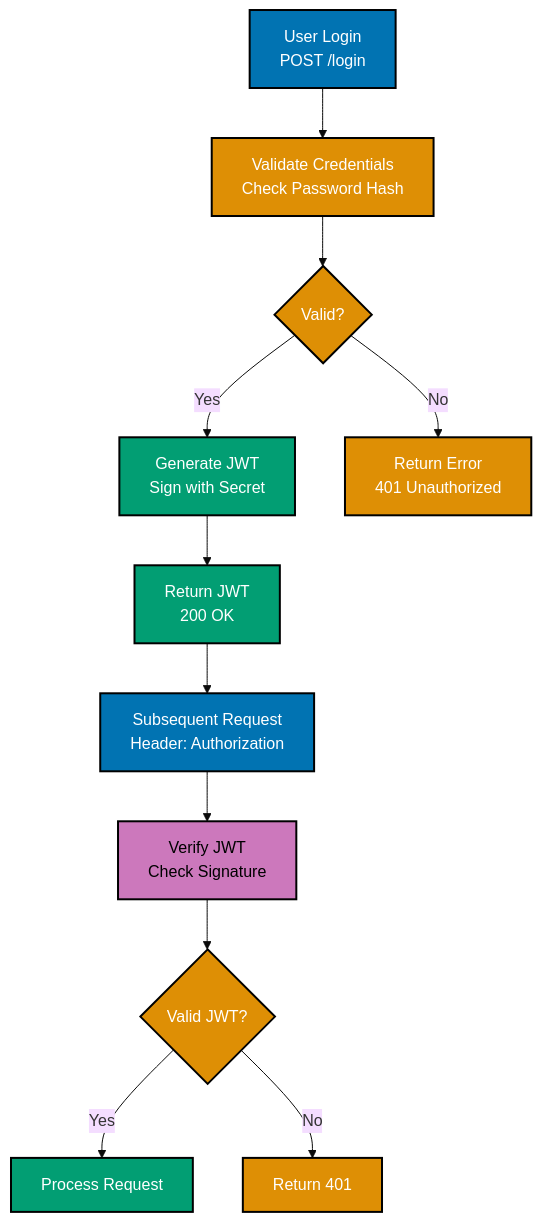
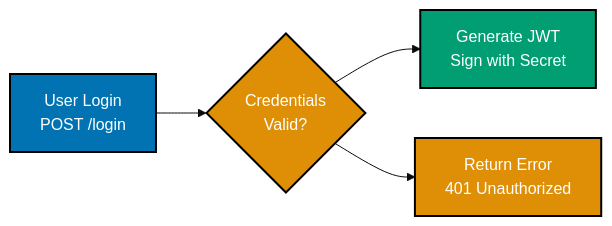
Before and after one commit to wahidyankf/open-sharia-enterprise: the second of 7 diagrams in docs/explanation/software-engineering/programming-languages/golang/security-standards.md, drawn with Mermaid (base theme). The commit also changed other lines of this file and 11 other files, not shown here.

First line of the commit message:
fix(docs): fix mermaid violations in golang docs

````diff
--- a/docs/explanation/software-engineering/programming-languages/golang/security-standards.md
+++ b/docs/explanation/software-engineering/programming-languages/golang/security-standards.md
@@ -994,33 +996,19 @@
 ```mermaid
 %% Color Palette: Blue #0173B2, Orange #DE8F05, Teal #029E73, Purple #CC78BC
-%% JWT authentication flow for zakat platform
+%% JWT authentication flow — login phase
 
-graph TD
+graph LR
     A["User Login<br/>POST /login"]:::blue
-    B["Validate Credentials<br/>Check Password Hash"]:::orange
-    C{"Valid?"}:::orange
-    D["Generate JWT<br/>Sign with Secret"]:::teal
-    E["Return JWT<br/>200 OK"]:::teal
-    F["Return Error<br/>401 Unauthorized"]:::orange
-    G["Subsequent Request<br/>Header: Authorization"]:::blue
-    H["Verify JWT<br/>Check Signature"]:::purple
-    I{"Valid JWT?"}:::orange
-    J["Process Request"]:::teal
-    K["Return 401"]:::orange
+    B{"Credentials<br/>Valid?"}:::orange
+    C["Generate JWT<br/>Sign with Secret"]:::teal
+    D["Return Error<br/>401 Unauthorized"]:::orange
 
     A --> B
     B --> C
-    C -->|"Yes"| D
-    C -->|"No"| F
-    D --> E
-    E --> G
-    G --> H
-    H --> I
-    I -->|"Yes"| J
-    I -->|"No"| K
+    B --> D
 
     classDef blue fill:#0173B2,stroke:#000000,color:#FFFFFF,stroke-width:2px
     classDef orange fill:#DE8F05,stroke:#000000,color:#FFFFFF,stroke-width:2px
     classDef teal fill:#029E73,stroke:#000000,color:#FFFFFF,stroke-width:2px
     classDef purple fill:#CC78BC,stroke:#000000,color:#000000,stroke-width:2px
 ```
````
